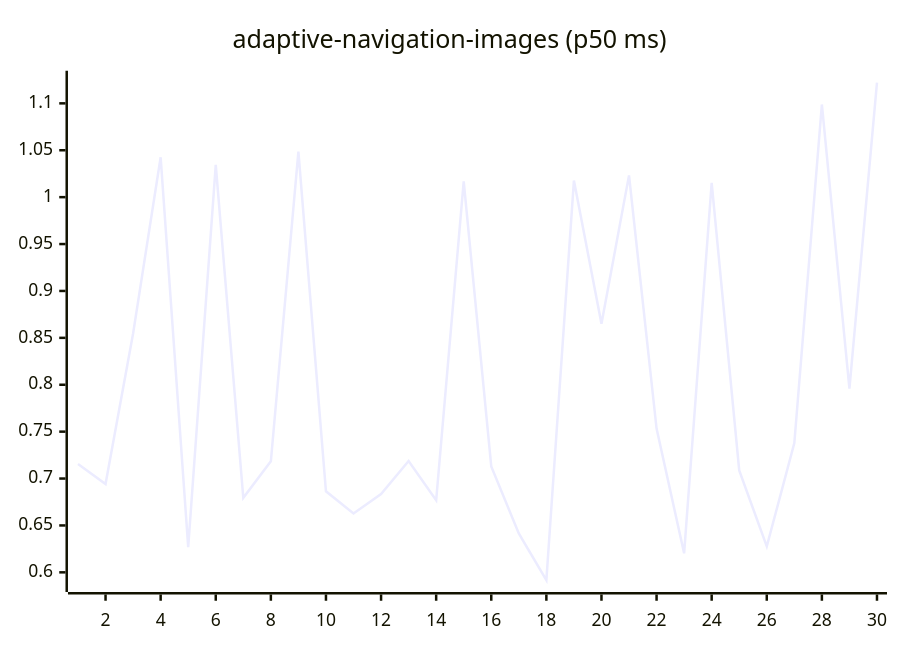
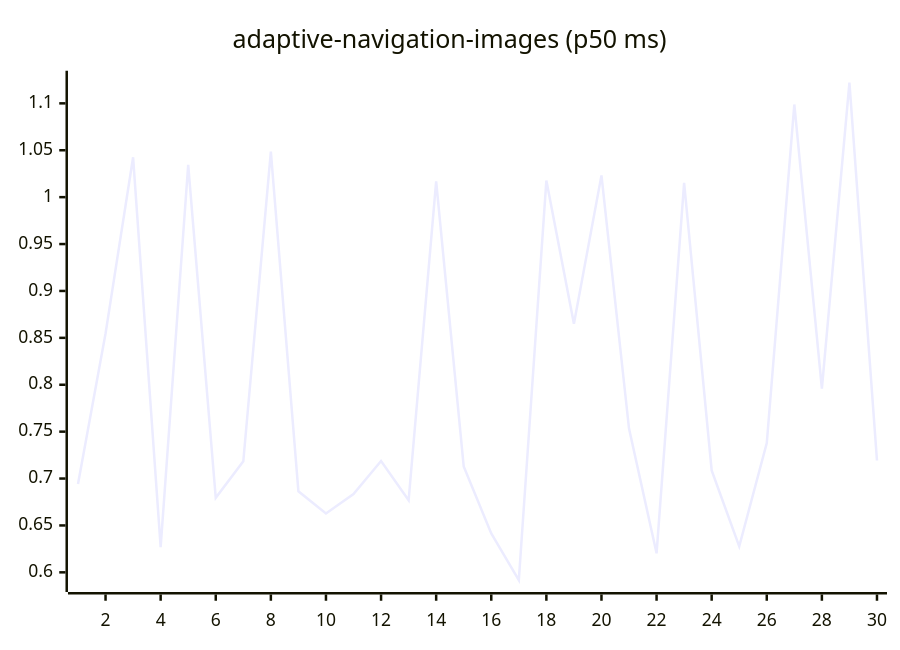
The first of 27 diagrams in README.md (josha/Facet), drawn with Mermaid before and after one commit. The commit also changed other lines of this file and 2 other files, not shown here.

````diff
--- a/README.md
+++ b/README.md
@@ -63,6 +63,6 @@
 ```mermaid
 xychart-beta
     title "adaptive-navigation-images (p50 ms)"
     x-axis 1 --> 30
-    line [0.7156, 0.6941, 0.8547, 1.0425, 0.6269, 1.0344, 0.6795, 0.7184, 1.0485, 0.6864, 0.6628, 0.6834, 0.7187, 0.6768, 1.0168, 0.7129, 0.6414, 0.5917, 1.0177, 0.8650, 1.0232, 0.7532, 0.6203, 1.0152, 0.7086, 0.6277, 0.7378, 1.0988, 0.7959, 1.1221]
+    line [0.6941, 0.8547, 1.0425, 0.6269, 1.0344, 0.6795, 0.7184, 1.0485, 0.6864, 0.6628, 0.6834, 0.7187, 0.6768, 1.0168, 0.7129, 0.6414, 0.5917, 1.0177, 0.8650, 1.0232, 0.7532, 0.6203, 1.0152, 0.7086, 0.6277, 0.7378, 1.0988, 0.7959, 1.1221, 0.7192]
 ```
````
